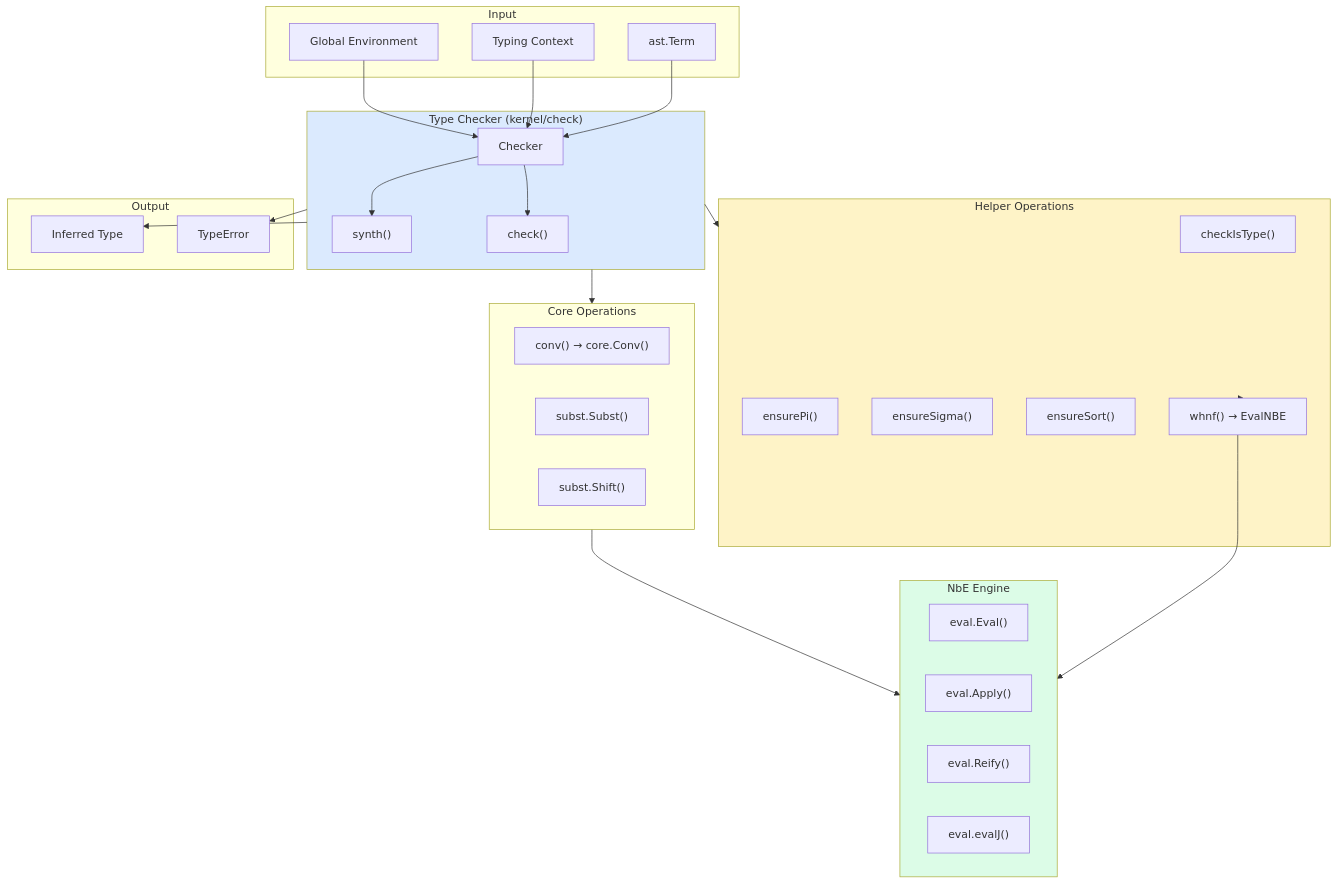
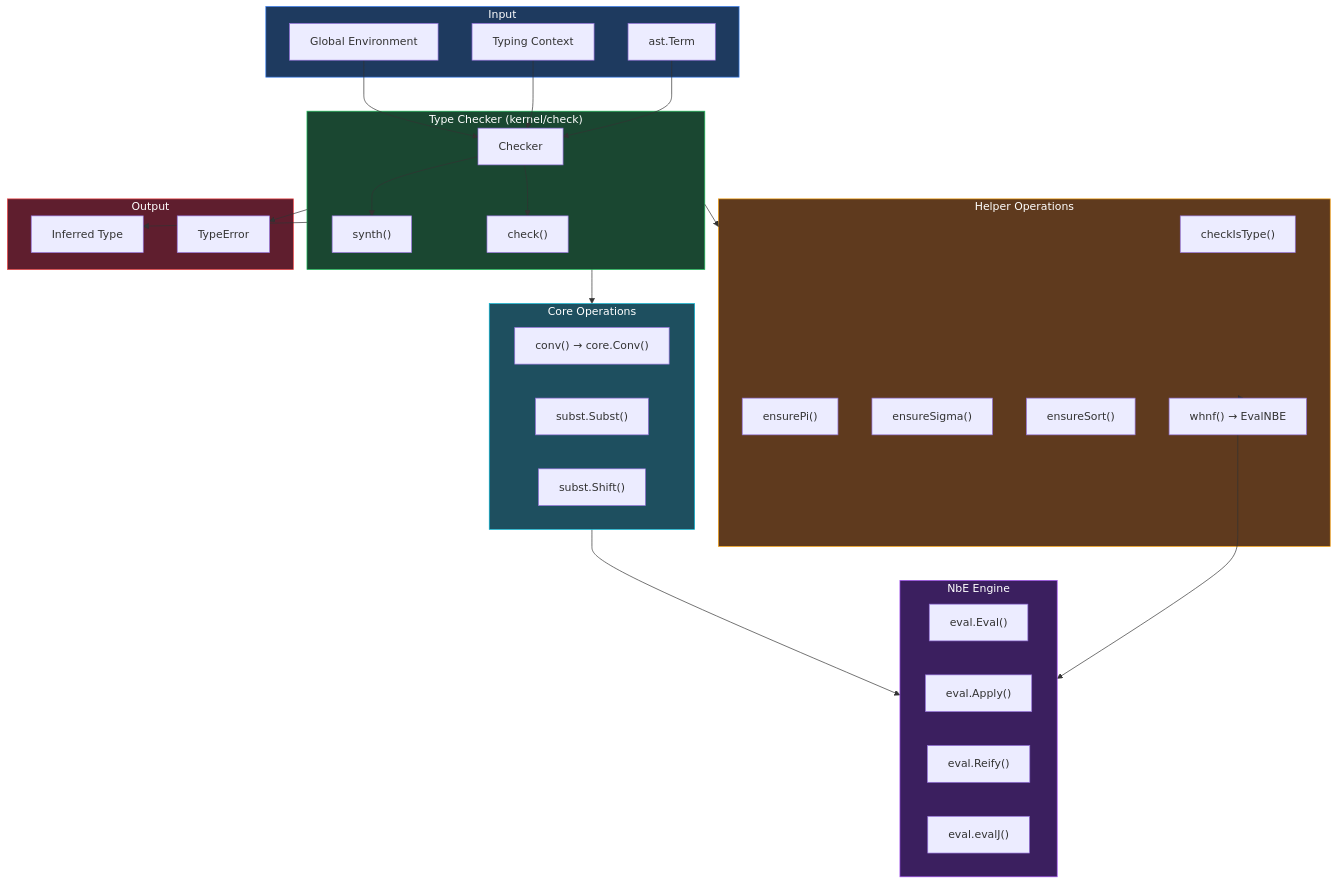
Before and after one commit to watchthelight/HypergraphGo: diagram 22 of 23 in DIAGRAMS.md, drawn with Mermaid. The commit also changed other lines of this file, not shown here.

First line of the commit message:
docs(diagrams): add master architecture diagram with dark theme

````diff
--- a/DIAGRAMS.md
+++ b/DIAGRAMS.md
@@ -877,61 +1341,64 @@
 ```mermaid
 flowchart TB
     subgraph Input["Input"]
         Term["ast.Term"]
         Ctx["Typing Context"]
         Globals["Global Environment"]
     end
 
     subgraph TypeChecker["Type Checker (kernel/check)"]
         Checker["Checker"]
         Synth["synth()"]
         Check["check()"]
 
         Checker --> Synth
         Checker --> Check
     end
 
     subgraph Helpers["Helper Operations"]
         CheckIsType["checkIsType()"]
         EnsurePi["ensurePi()"]
         EnsureSigma["ensureSigma()"]
         EnsureSort["ensureSort()"]
         WHNF["whnf() → EvalNBE"]
     end
 
     subgraph CoreOps["Core Operations"]
         Conv["conv() → core.Conv()"]
         Subst["subst.Subst()"]
         Shift["subst.Shift()"]
     end
 
     subgraph NbE["NbE Engine"]
         Eval["eval.Eval()"]
         Apply["eval.Apply()"]
         Reify["eval.Reify()"]
         EvalJ["eval.evalJ()"]
     end
 
     subgraph Output["Output"]
         Type["Inferred Type"]
         Error["TypeError"]
     end
 
     Term --> Checker
     Ctx --> Checker
     Globals --> Checker
 
     TypeChecker --> Helpers
     TypeChecker --> CoreOps
 
     Helpers --> WHNF
     WHNF --> NbE
     CoreOps --> NbE
 
     TypeChecker --> Type
     TypeChecker --> Error
 
-    style TypeChecker fill:#dbeafe
-    style NbE fill:#dcfce7
-    style Helpers fill:#fef3c7
+    style Input fill:#1e3a5f,stroke:#3b82f6,color:#fff
+    style TypeChecker fill:#1a4731,stroke:#22c55e,color:#fff
+    style NbE fill:#3b1f5f,stroke:#a855f7,color:#fff
+    style Helpers fill:#5f3a1e,stroke:#f59e0b,color:#fff
+    style CoreOps fill:#1e4f5f,stroke:#06b6d4,color:#fff
+    style Output fill:#5f1e2e,stroke:#ef4444,color:#fff
 ```
````
